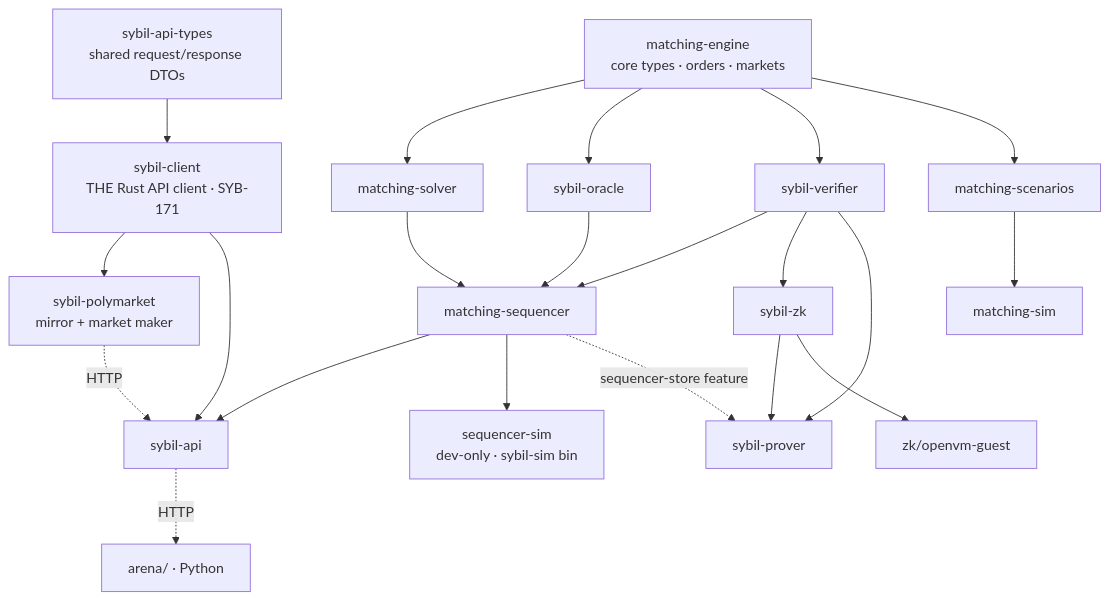
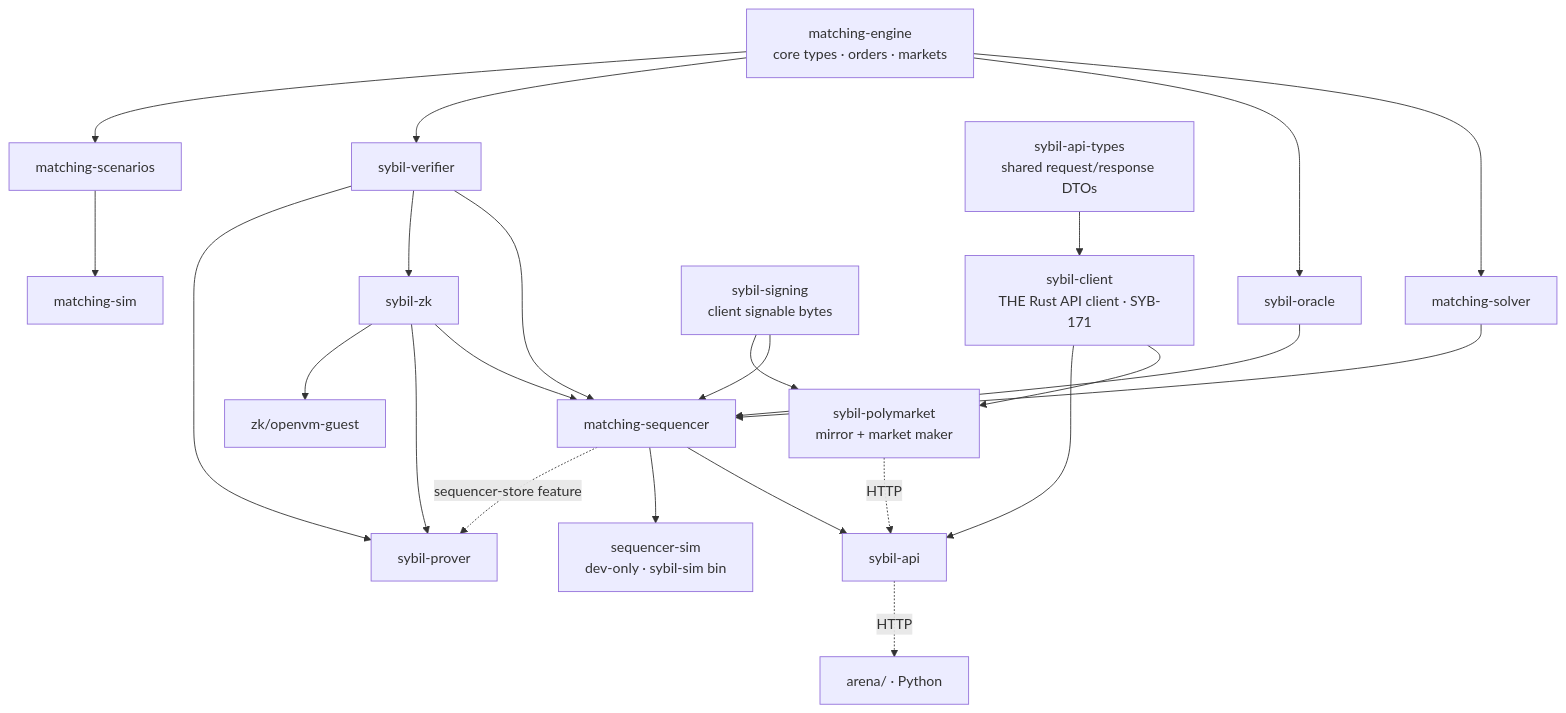
The diagram in docs/architecture/Crate Dependency Map.md (MetaB0y/sybil), drawn with Mermaid before and after one commit. The commit also changed other lines of this file and 41 other files, not shown here.

````diff
--- a/docs/architecture/Crate Dependency Map.md
+++ b/docs/architecture/Crate Dependency Map.md
@@ -27,29 +28,32 @@
 ```mermaid
 graph TB
     ENGINE["matching-engine<br/>core types · orders · markets"]
 
     ENGINE --> SOLVER["matching-solver"]
     ENGINE --> ORACLE["sybil-oracle"]
     ENGINE --> VERIFIER["sybil-verifier"]
     ENGINE --> SCENARIOS["matching-scenarios"]
 
     SOLVER --> SEQ["matching-sequencer"]
     ORACLE --> SEQ
     VERIFIER --> SEQ
+    ZK --> SEQ
 
     SEQ --> API["sybil-api"]
     SEQ --> SEQSIM["sequencer-sim<br/>dev-only · sybil-sim bin"]
     API -.->|"HTTP"| ARENA["arena/ · Python"]
 
     SCENARIOS --> SIM["matching-sim"]
     VERIFIER --> ZK["sybil-zk"]
     VERIFIER --> PROVER["sybil-prover"]
     ZK --> PROVER
     SEQ -.->|"sequencer-store feature"| PROVER
     ZK --> OPENVM["zk/openvm-guest"]
 
+    SIGNING["sybil-signing<br/>client signable bytes"] --> SEQ
+    SIGNING --> POLY
     TYPES["sybil-api-types<br/>shared request/response DTOs"] --> CLIENT["sybil-client<br/>THE Rust API client · SYB-171"]
     CLIENT --> POLY["sybil-polymarket<br/>mirror + market maker"]
     CLIENT --> API
     POLY -.->|"HTTP"| API
 ```
````
